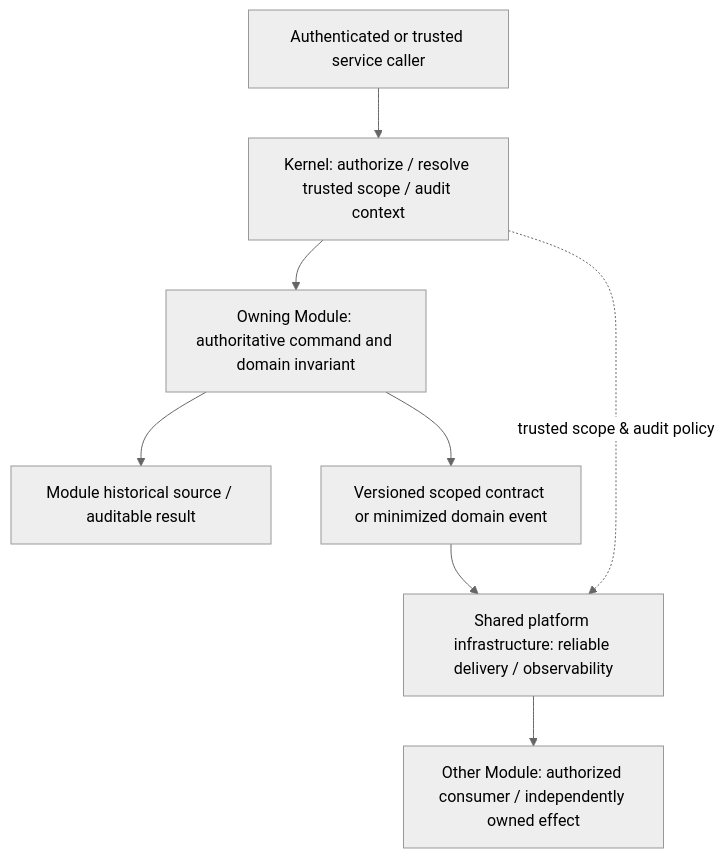
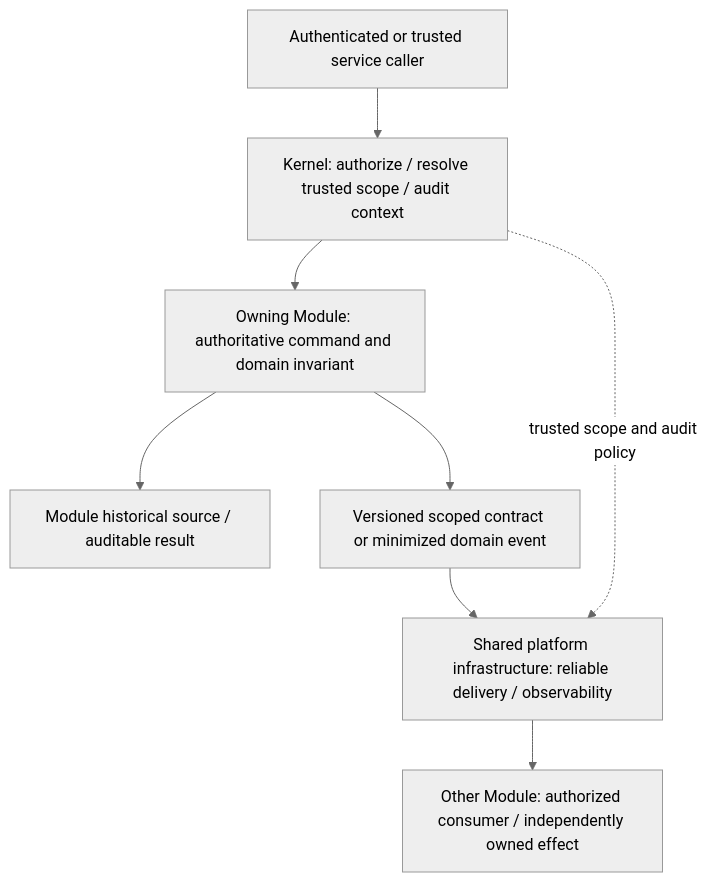
Before and after one commit to tarek-saad-dev/drvo-erp: the diagram in docs/02-architecture/PLATFORM-KERNEL-AUDIT-AND-CONTRACTS-BOUNDARY-V1.md, drawn with Mermaid (neutral theme).

Commit message:
docs: normalize Mermaid dotted-edge annotations

````diff
--- a/docs/02-architecture/PLATFORM-KERNEL-AUDIT-AND-CONTRACTS-BOUNDARY-V1.md
+++ b/docs/02-architecture/PLATFORM-KERNEL-AUDIT-AND-CONTRACTS-BOUNDARY-V1.md
@@ -19,13 +19,13 @@
 ```mermaid
 flowchart TB
     C["Authenticated or trusted service caller"]
     K["Kernel: authorize / resolve trusted scope / audit context"]
     O["Owning Module: authoritative command and domain invariant"]
     H["Module historical source / auditable result"]
     X["Versioned scoped contract or minimized domain event"]
     D["Other Module: authorized consumer / independently owned effect"]
     I["Shared platform infrastructure: reliable delivery / observability"]
     C --> K --> O --> H
     O --> X --> I --> D
-    K -. "trusted scope & audit policy" .-> I
+    K -.->|"trusted scope and audit policy"| I
 ```
````
